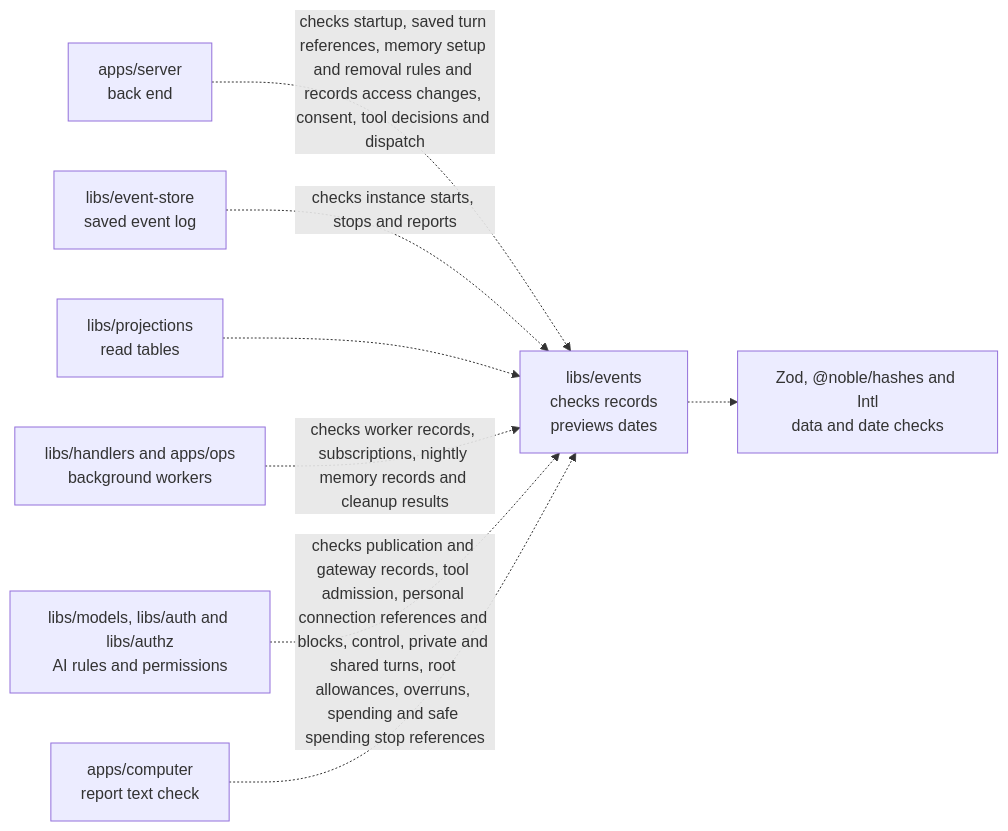
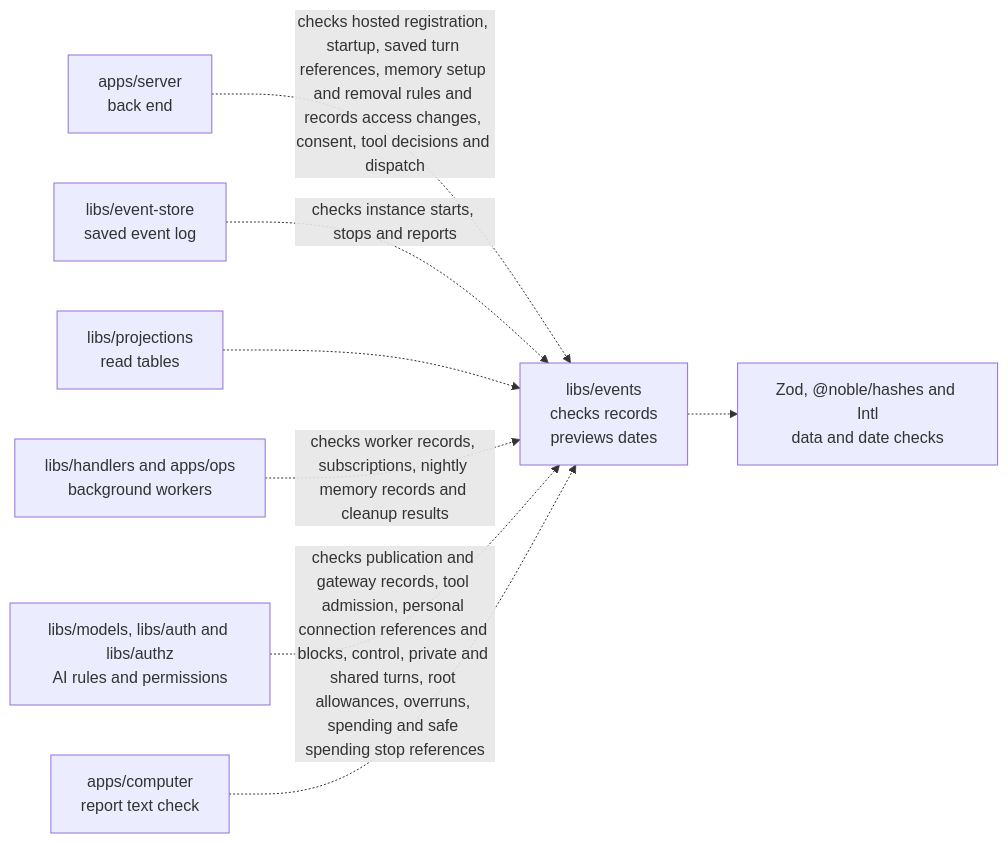
Before and after one commit to elewa-git/opencrane-new: the diagram in libs/events/README.md, drawn with Mermaid. The commit also changed other lines of this file and 17 other files, not shown here.

Commit message:
📦 Register hosted images and recover saved requests

````diff
--- a/libs/events/README.md
+++ b/libs/events/README.md
@@ -27,10 +27,10 @@
 ```mermaid
 flowchart LR
-  server["apps/server<br/>back end"] -.->|checks startup, saved turn references, memory setup and removal rules and records access changes, consent, tool decisions and dispatch| events["libs/events<br/>checks records<br/>previews dates"]
+  server["apps/server<br/>back end"] -.->|checks hosted registration, startup, saved turn references, memory setup and removal rules and records access changes, consent, tool decisions and dispatch| events["libs/events<br/>checks records<br/>previews dates"]
   store["libs/event-store<br/>saved event log"] -.->|checks instance starts, stops and reports| events
   projections["libs/projections<br/>read tables"] -.-> events
   workers["libs/handlers and apps/ops<br/>background workers"] -.->|checks worker records, subscriptions, nightly memory records and cleanup results| events
   others["libs/models, libs/auth and libs/authz<br/>AI rules and permissions"] -.->|checks publication and gateway records, tool admission, personal connection references and blocks, control, private and shared turns, root allowances, overruns, spending and safe spending stop references| events
   computer["apps/computer<br/>report text check"] -.-> events
   events -.-> checks["Zod, @noble/hashes and Intl<br/>data and date checks"]
 ```
````
